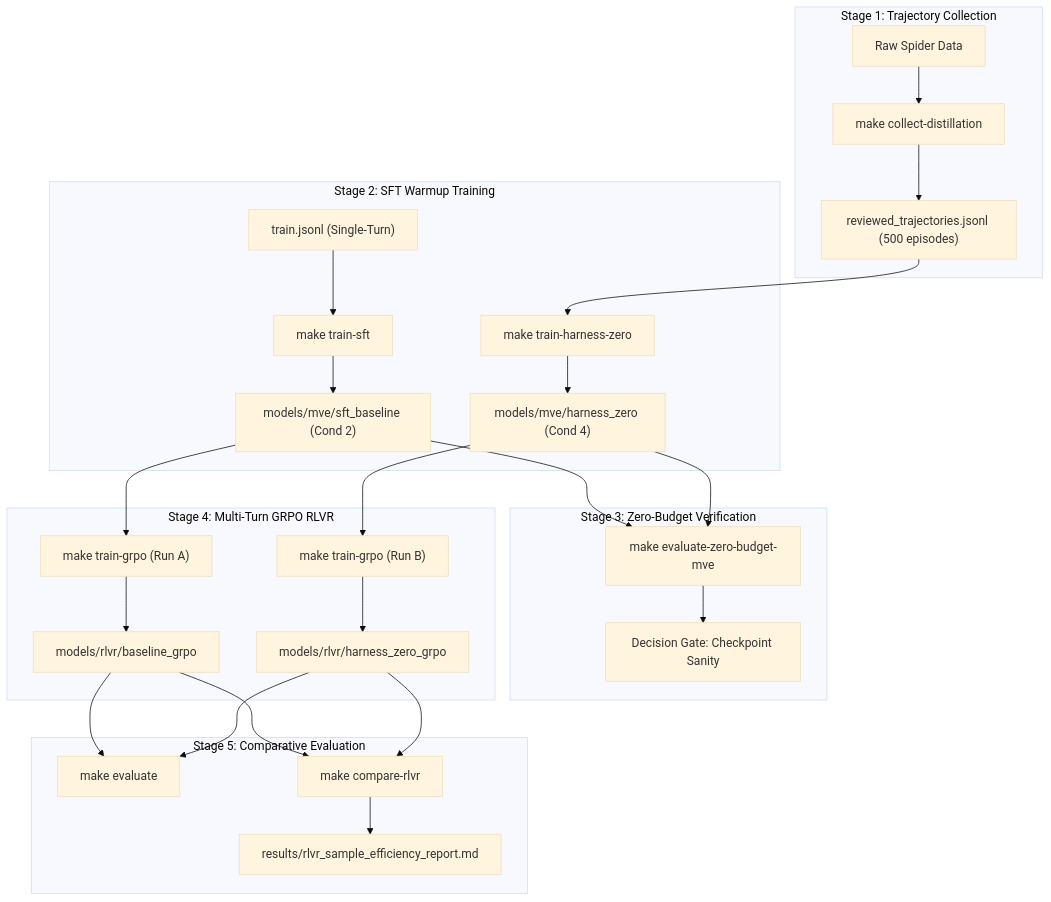
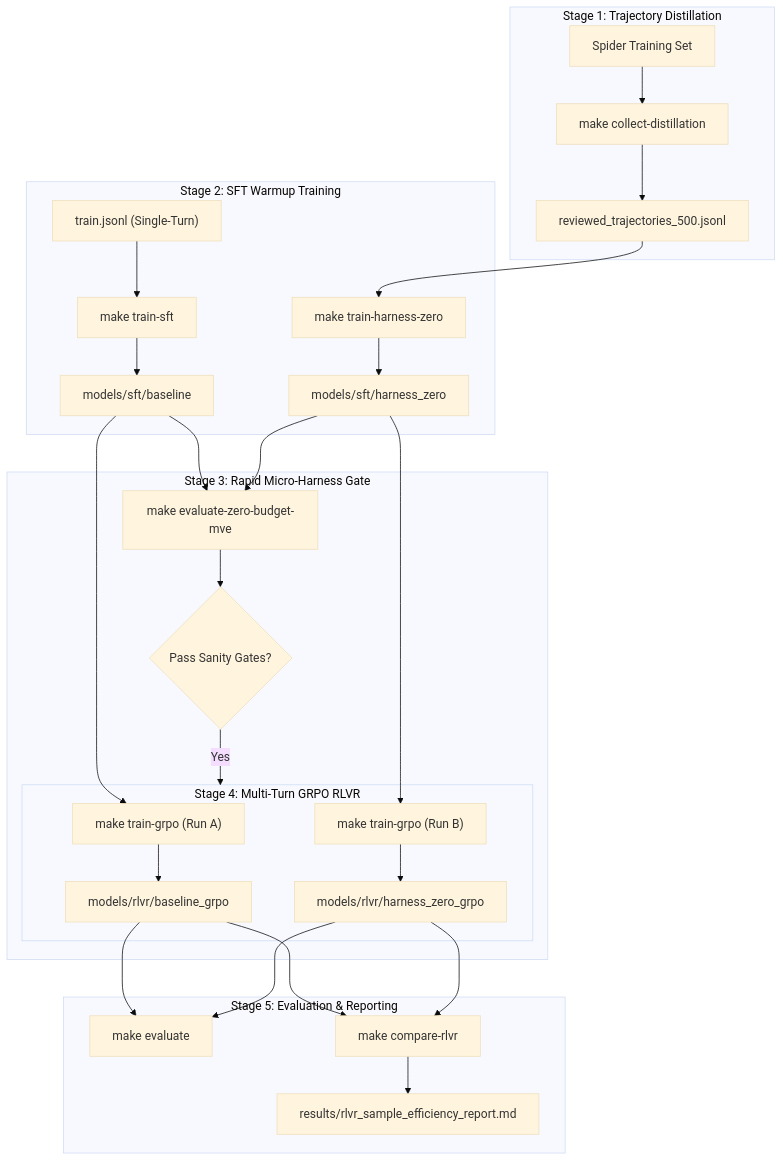
Before and after one commit to chrisjcc/ask-the-database: the diagram in docs/experiments/sft_warmstart_multi_turn_rlvr_study.md, drawn with Mermaid (base theme). The commit also changed other lines of this file, not shown here.

````diff
--- a/docs/experiments/sft_warmstart_multi_turn_rlvr_study.md
+++ b/docs/experiments/sft_warmstart_multi_turn_rlvr_study.md
@@ -235,35 +237,36 @@
 ```mermaid
 flowchart TD
-    subgraph DataPrep ["Stage 1: Trajectory Collection"]
-        D1["Raw Spider Data"] --> S1["make collect-distillation"]
-        S1 --> D2["reviewed_trajectories.jsonl (500 episodes)"]
+    subgraph DataCollection ["Stage 1: Trajectory Distillation"]
+        D1["Spider Training Set"] --> S1["make collect-distillation"]
+        S1 --> D2["reviewed_trajectories_500.jsonl"]
     end
 
-    subgraph WarmStart ["Stage 2: SFT Warmup Training"]
+    subgraph WarmStartPhase ["Stage 2: SFT Warmup Training"]
         D3["train.jsonl (Single-Turn)"] --> S2A["make train-sft"]
-        S2A --> M1["models/mve/sft_baseline (Cond 2)"]
+        S2A --> M1["models/sft/baseline"]
         D2 --> S2B["make train-harness-zero"]
-        S2B --> M2["models/mve/harness_zero (Cond 4)"]
+        S2B --> M2["models/sft/harness_zero"]
     end
 
-    subgraph MicroHarness ["Stage 3: Zero-Budget Verification"]
+    subgraph SanityGate ["Stage 3: Rapid Micro-Harness Gate"]
         M1 --> ZB["make evaluate-zero-budget-mve"]
         M2 --> ZB
-        ZB --> G1["Decision Gate: Checkpoint Sanity"]
+        ZB --> G1{"Pass Sanity Gates?"}
+        G1 -->|Yes| RLVRPhase
     end
 
-    subgraph RLVR ["Stage 4: Multi-Turn GRPO RLVR"]
+    subgraph RLVRPhase ["Stage 4: Multi-Turn GRPO RLVR"]
         M1 --> R1["make train-grpo (Run A)"]
         M2 --> R2["make train-grpo (Run B)"]
         R1 --> P1["models/rlvr/baseline_grpo"]
         R2 --> P2["models/rlvr/harness_zero_grpo"]
     end
 
-    subgraph Evaluation ["Stage 5: Comparative Evaluation"]
+    subgraph FinalEval ["Stage 5: Evaluation & Reporting"]
         P1 --> E1["make evaluate"]
         P2 --> E1
         P1 --> CMP["make compare-rlvr"]
         P2 --> CMP
         CMP --> RPT["results/rlvr_sample_efficiency_report.md"]
     end
 ```
````
